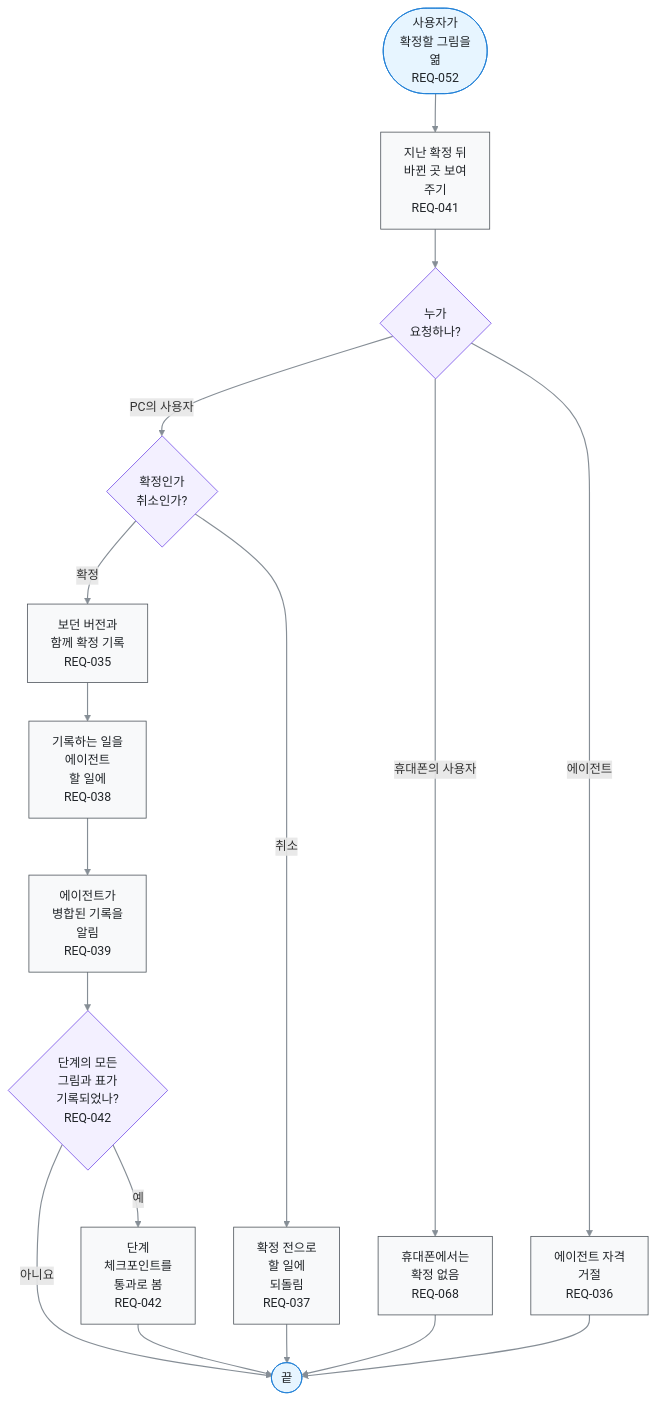
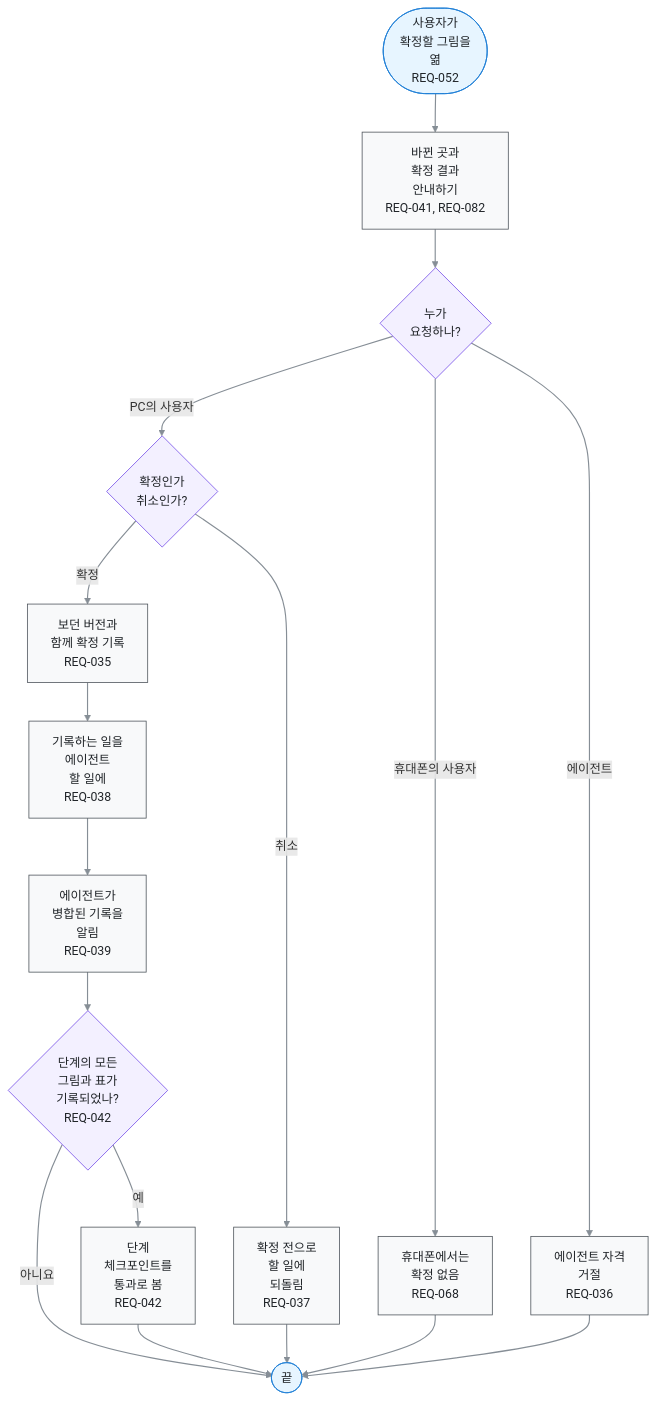
One commit to kodonghui/corthex-nexus changed the diagram in docs/03-user-flow/FL-006-confirm-a-diagram.ko.md. Above: the diagram before and after it, drawn with Mermaid. The commit also changed other lines of this file and 45 other files, not shown here.

````diff
--- a/docs/03-user-flow/FL-006-confirm-a-diagram.ko.md
+++ b/docs/03-user-flow/FL-006-confirm-a-diagram.ko.md
@@ -11,42 +11,42 @@
 ```mermaid
 flowchart TD
   A(["사용자가<br/>확정할 그림을<br/>엶<br/>REQ-052"])
-  B["지난 확정 뒤<br/>바뀐 곳 보여<br/>주기<br/>REQ-041"]
+  B["바뀐 곳과<br/>확정 결과<br/>안내하기<br/>REQ-041, REQ-082"]
   C{"누가<br/>요청하나?"}
   D{"확정인가<br/>취소인가?"}
   E["보던 버전과<br/>함께 확정 기록<br/>REQ-035"]
   F["기록하는 일을<br/>에이전트<br/>할 일에<br/>REQ-038"]
   G["에이전트가<br/>병합된 기록을<br/>알림<br/>REQ-039"]
   H{"단계의 모든<br/>그림과 표가<br/>기록되었나?<br/>REQ-042"}
   I["단계<br/>체크포인트를<br/>통과로 봄<br/>REQ-042"]
   J["확정 전으로<br/>할 일에<br/>되돌림<br/>REQ-037"]
   R1["휴대폰에서는<br/>확정 없음<br/>REQ-068"]
   R2["에이전트 자격<br/>거절<br/>REQ-036"]
   Z(["끝"])
   A e1@--> B
   B e2@--> C
   C e3@-->|PC의 사용자| D
   C e4@-->|휴대폰의 사용자| R1
   C e5@-->|에이전트| R2
   D e6@-->|확정| E
   D e7@-->|취소| J
   E e8@--> F
   F e9@--> G
   G e10@--> H
   H e11@-->|예| I
   H e12@-->|아니요| Z
   I e13@--> Z
   J e14@--> Z
   R1 e15@--> Z
   R2 e16@--> Z
   %% legend: below
   classDef term fill:#e7f5ff,stroke:#1c7ed6,color:#212529
   classDef proc fill:#f8f9fa,stroke:#495057,color:#212529
   classDef decide fill:#f3f0ff,stroke:#7048e8,color:#212529
   classDef gap fill:#f1f3f5,stroke:#adb5bd,stroke-dasharray:2 3,color:#495057
   classDef pass stroke:#868e96,stroke-width:1.5px
   class A,Z term
   class B,E,F,G,I,J,R1,R2 proc
   class C,D,H decide
   class e1,e2,e3,e4,e5,e6,e7,e8,e9,e10,e11,e12,e13,e14,e15,e16 pass
 ```
````
